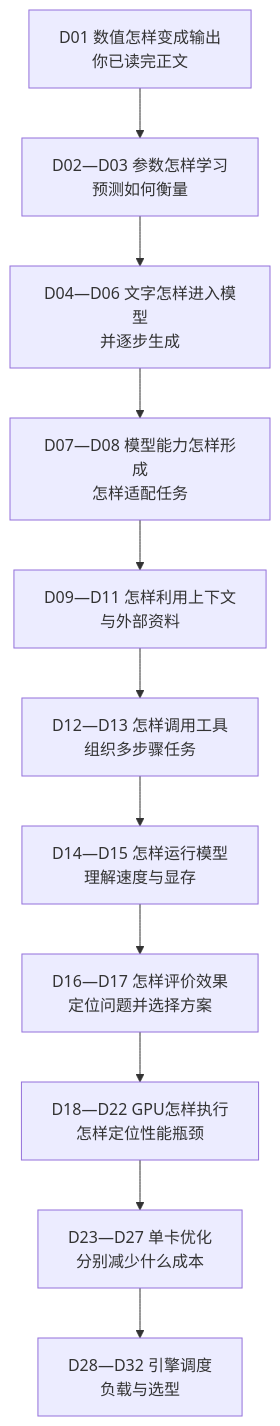
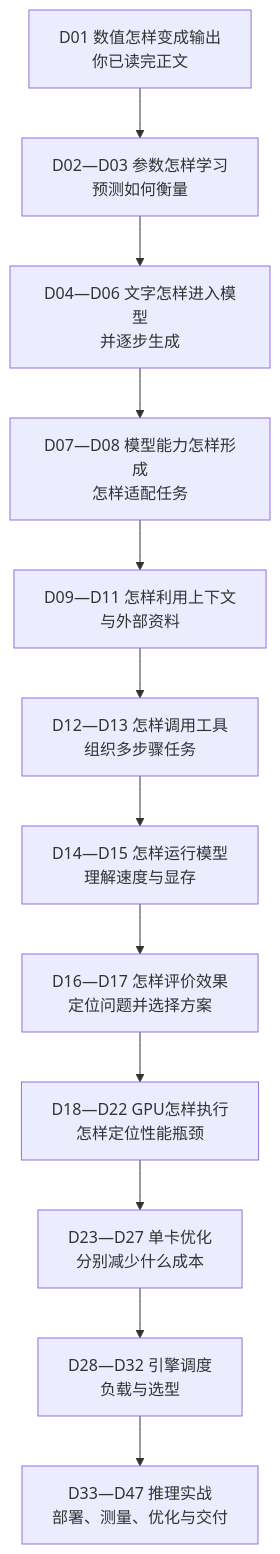
Before and after one commit to NealChristmas/LLM: the second of 3 diagrams in knowledge-map.md, drawn with Mermaid. The commit also changed other lines of this file and 19 other files, not shown here.

````diff
--- a/knowledge-map.md
+++ b/knowledge-map.md
@@ -34,15 +34,16 @@
 ```mermaid
 flowchart TB
     a["D01 数值怎样变成输出<br/>你已读完正文"]
     b["D02—D03 参数怎样学习<br/>预测如何衡量"]
     c["D04—D06 文字怎样进入模型<br/>并逐步生成"]
     d["D07—D08 模型能力怎样形成<br/>怎样适配任务"]
     e["D09—D11 怎样利用上下文<br/>与外部资料"]
     f["D12—D13 怎样调用工具<br/>组织多步骤任务"]
     g["D14—D15 怎样运行模型<br/>理解速度与显存"]
     h["D16—D17 怎样评价效果<br/>定位问题并选择方案"]
     i["D18—D22 GPU怎样执行<br/>怎样定位性能瓶颈"]
     j["D23—D27 单卡优化<br/>分别减少什么成本"]
     k["D28—D32 引擎调度<br/>负载与选型"]
-    a --> b --> c --> d --> e --> f --> g --> h --> i --> j --> k
+    l["D33—D47 推理实战<br/>部署、测量、优化与交付"]
+    a --> b --> c --> d --> e --> f --> g --> h --> i --> j --> k --> l
 ```
````
